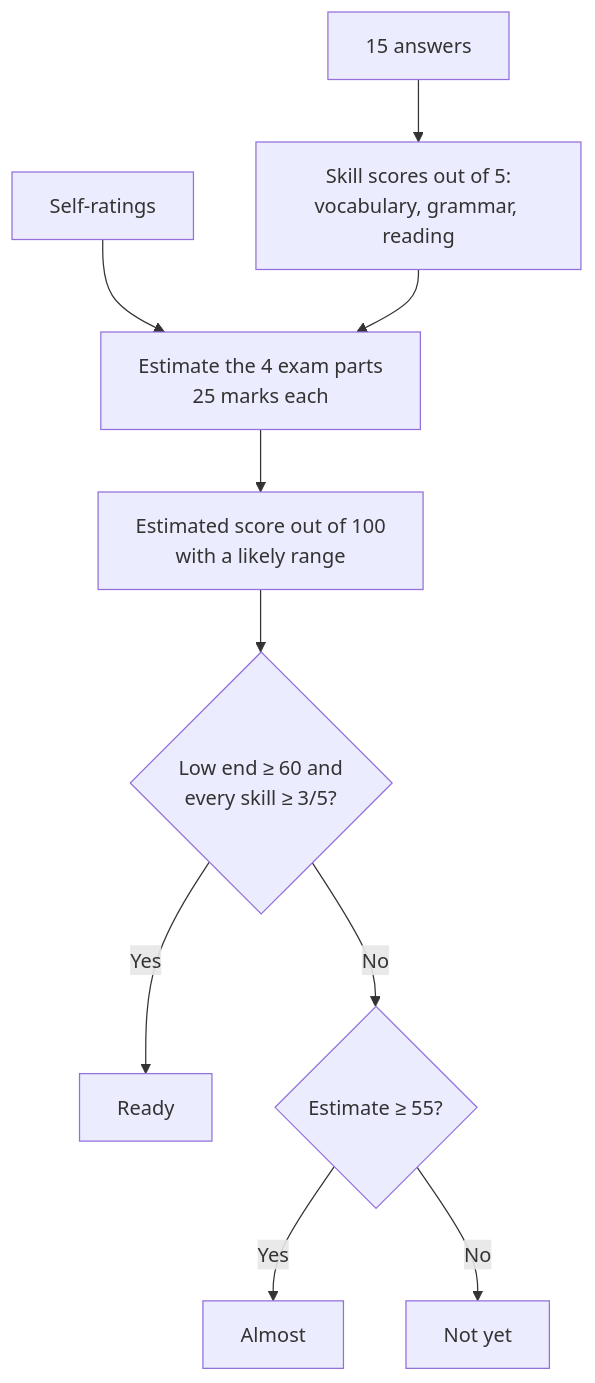
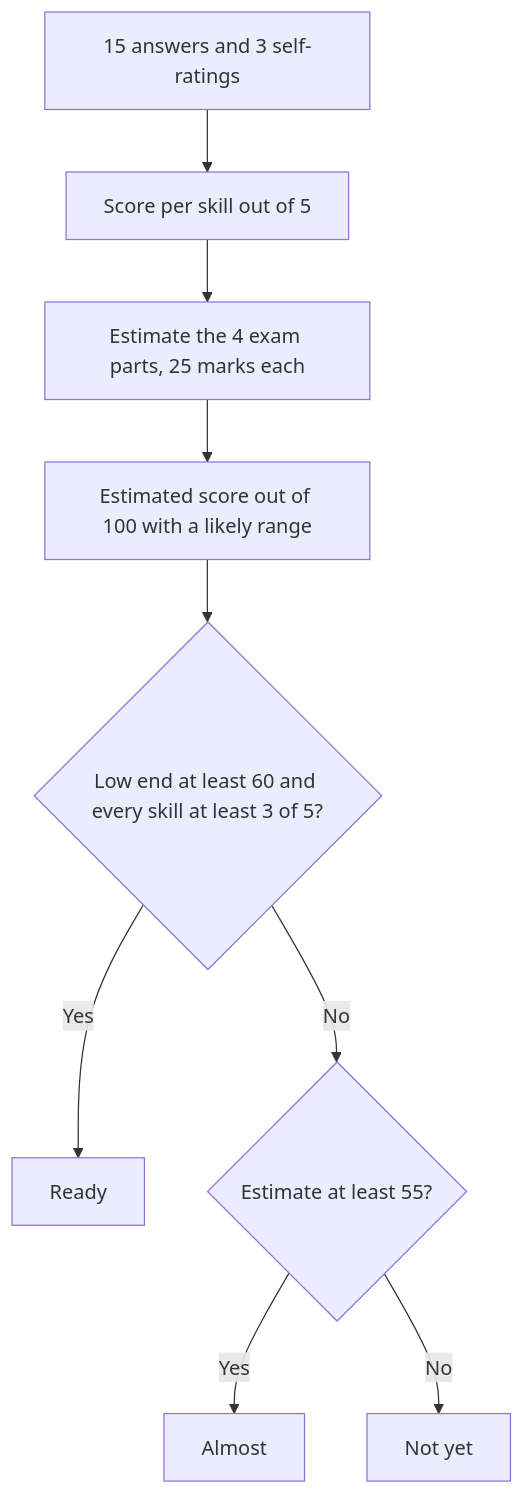
Before and after one commit to may-vaz/exam-prep: the diagram in README.md, drawn with Mermaid. The commit also changed other lines of this file, not shown here.

````diff
--- a/README.md
+++ b/README.md
@@ -40,12 +9,11 @@
 ```mermaid
 flowchart TD
-    A[15 answers] --> B[Skill scores out of 5:<br/>vocabulary, grammar, reading]
-    S[Self-ratings] --> C
-    B --> C[Estimate the 4 exam parts<br/>25 marks each]
-    C --> D[Estimated score out of 100<br/>with a likely range]
-    D --> E{Low end ≥ 60 and<br/>every skill ≥ 3/5?}
+    A[15 answers and 3 self-ratings] --> B[Score per skill out of 5]
+    B --> C[Estimate the 4 exam parts, 25 marks each]
+    C --> D[Estimated score out of 100 with a likely range]
+    D --> E{Low end at least 60 and every skill at least 3 of 5?}
     E -- Yes --> R[Ready]
-    E -- No --> F{Estimate ≥ 55?}
+    E -- No --> F{Estimate at least 55?}
     F -- Yes --> AL[Almost]
     F -- No --> N[Not yet]
 ```
````
